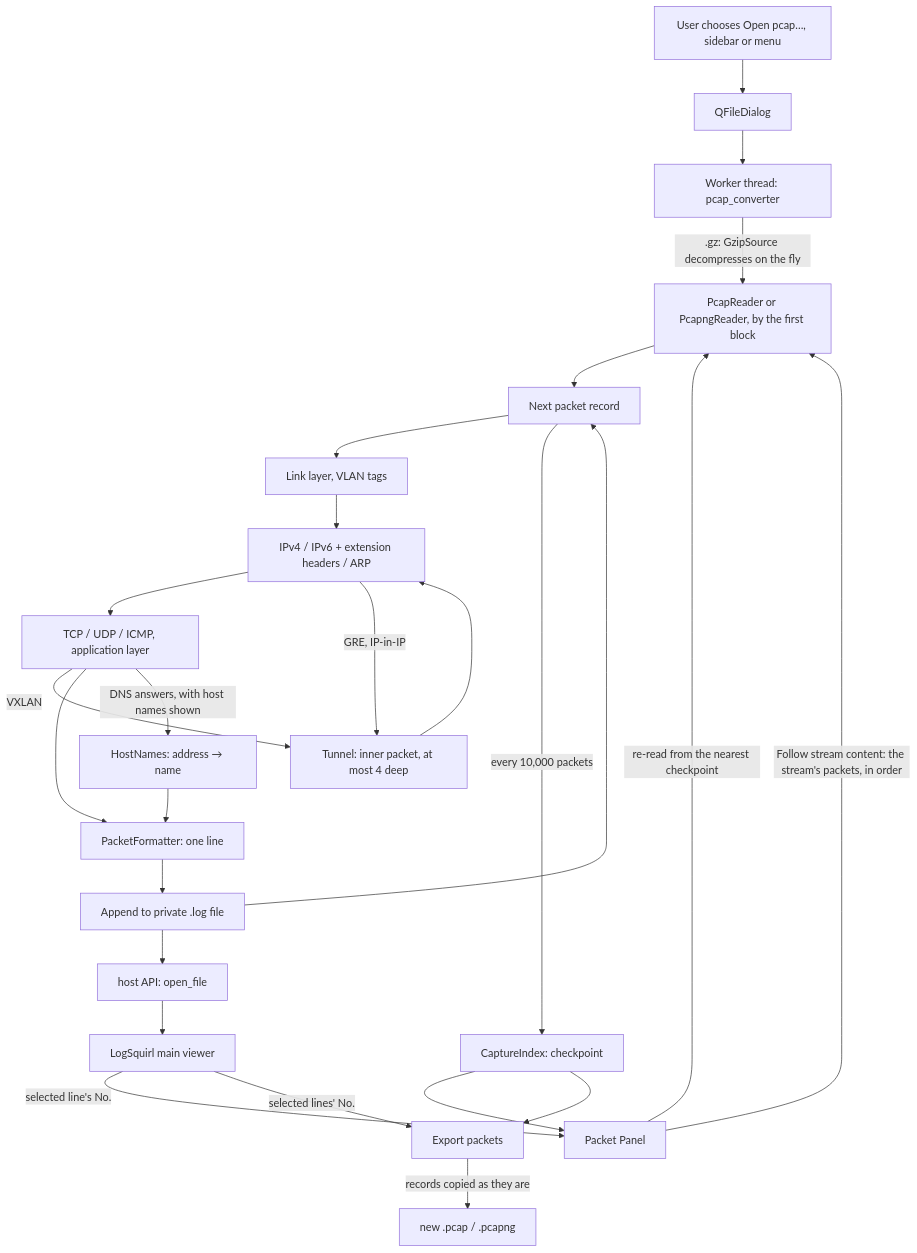
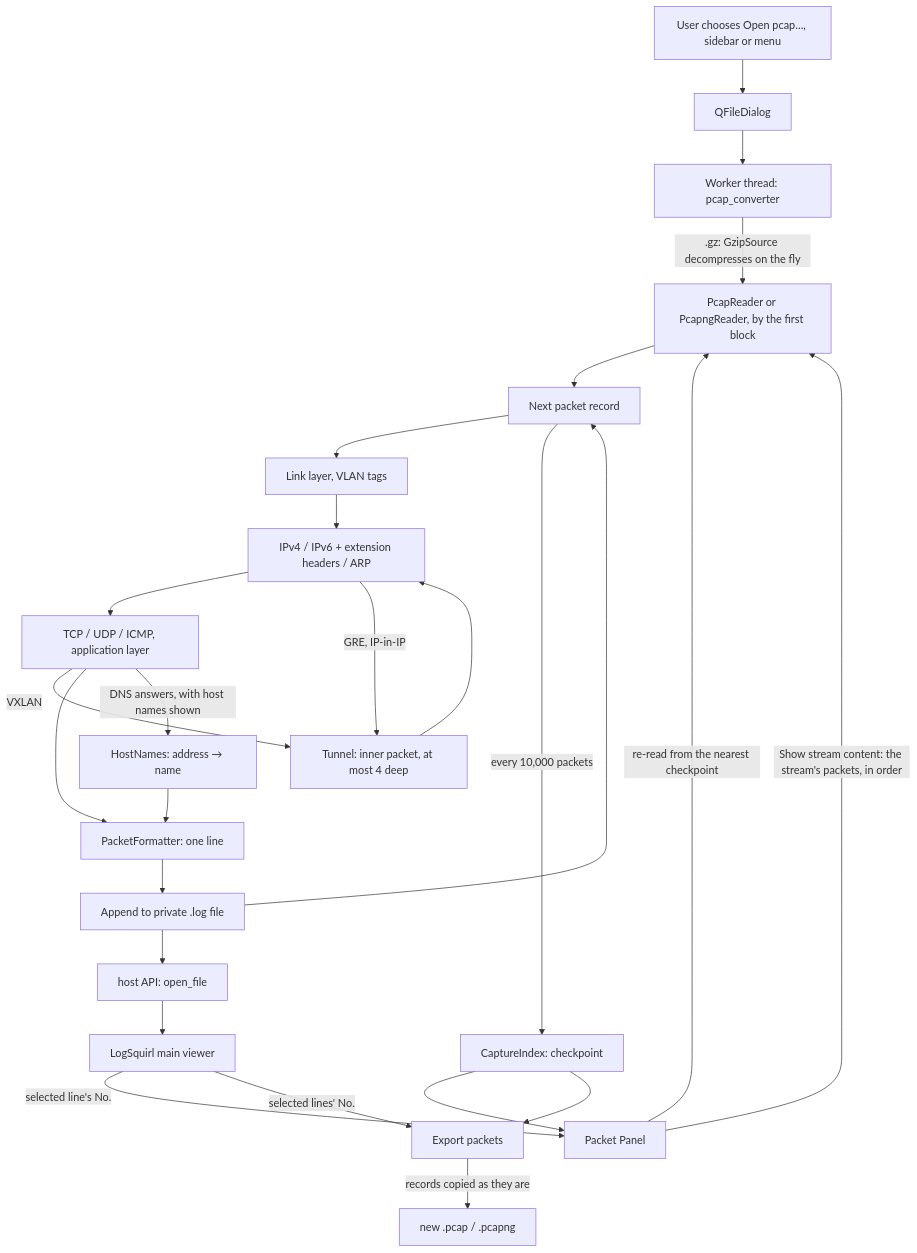
The diagram in README.md (64x-lunicorn/LogSquirl-tcpdump), drawn with Mermaid before and after one commit. The commit also changed other lines of this file and 19 other files, not shown here.

````diff
--- a/README.md
+++ b/README.md
@@ -901,28 +906,28 @@
 ```mermaid
 graph TD
     A[User chooses Open pcap…, sidebar or menu] --> B[QFileDialog]
     B --> C[Worker thread: pcap_converter]
     C -->|.gz: GzipSource decompresses on the fly| D[PcapReader or PcapngReader, by the first block]
     D --> E[Next packet record]
     E --> F[Link layer, VLAN tags]
     F --> G[IPv4 / IPv6 + extension headers / ARP]
     G --> H[TCP / UDP / ICMP, application layer]
     G -->|GRE, IP-in-IP| T[Tunnel: inner packet, at most 4 deep]
     H -->|VXLAN| T
     T --> G
     H --> I[PacketFormatter: one line]
     H -->|DNS answers, with host names shown| N[HostNames: address → name]
     N --> I
     I --> J[Append to private .log file]
     J --> E
     J --> K[host API: open_file]
     K --> L[LogSquirl main viewer]
     E -->|every 10,000 packets| X[CaptureIndex: checkpoint]
     L -->|selected line's No.| P[Packet Panel]
     X --> P
     P -->|re-read from the nearest checkpoint| D
-    P -->|Follow stream content: the stream's packets, in order| D
+    P -->|Show stream content: the stream's packets, in order| D
     L -->|selected lines' No.| Q[Export packets]
     X --> Q
     Q -->|records copied as they are| R[new .pcap / .pcapng]
 ```
````
